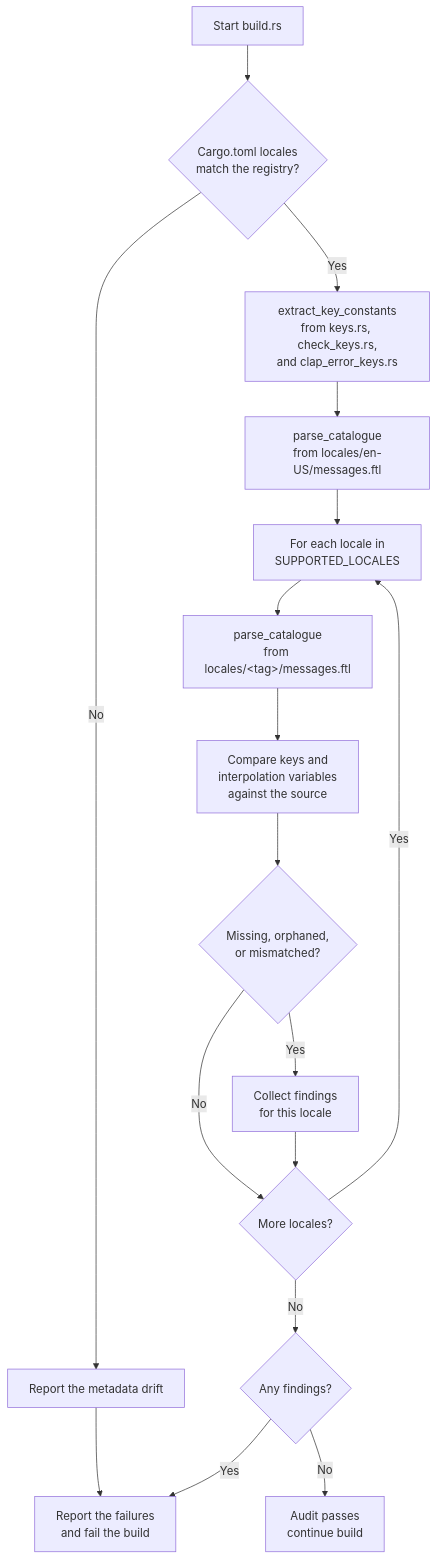
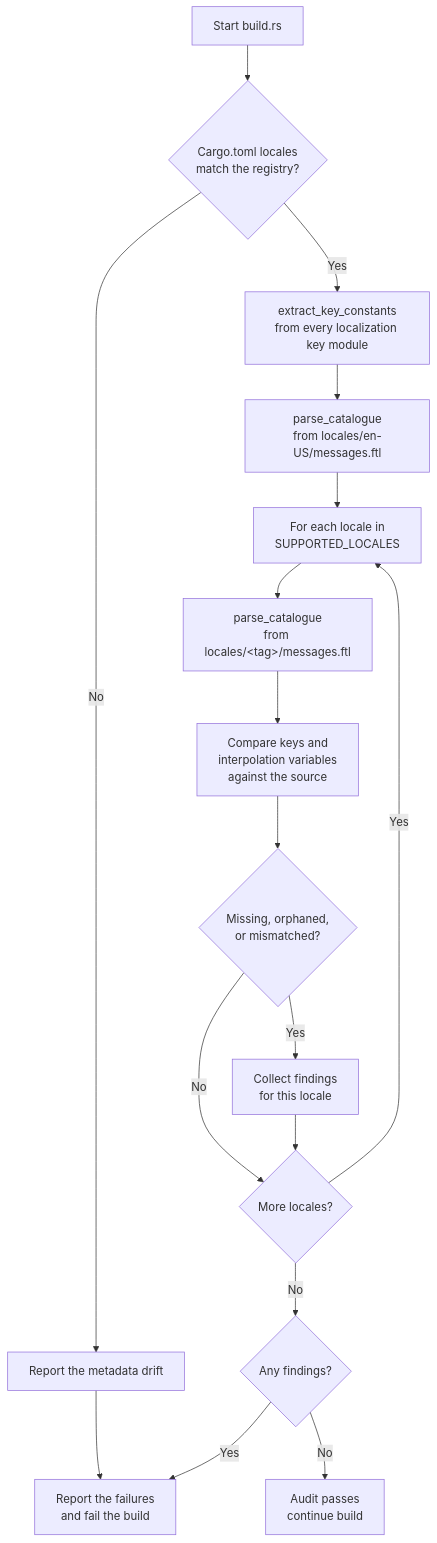
Before and after one commit to leynos/netsuke: diagram 17 of 20 in docs/netsuke-design.md, drawn with Mermaid. The commit also changed 11 other files, not shown here.

First line of the commit message:
Split the shell filter keys into their own module

````diff
--- a/docs/netsuke-design.md
+++ b/docs/netsuke-design.md
@@ -3959,23 +3959,23 @@
 ```mermaid
 flowchart TD
     A_Start["Start build.rs"] --> B_Metadata
     B_Metadata{"Cargo.toml locales<br/>match the registry?"} -->|No| N_Drift
     N_Drift["Report the metadata drift"] --> M_Fail
     B_Metadata -->|Yes| C_ReadKeys
-    C_ReadKeys["extract_key_constants<br/>from keys.rs, check_keys.rs,<br/>and clap_error_keys.rs"] --> D_ReadSource
+    C_ReadKeys["extract_key_constants<br/>from every localization key module"] --> D_ReadSource
     D_ReadSource["parse_catalogue<br/>from locales/en-US/messages.ftl"] --> E_Loop
 
     E_Loop["For each locale in<br/>SUPPORTED_LOCALES"] --> F_Parse
     F_Parse["parse_catalogue<br/>from locales/&lt;tag&gt;/messages.ftl"] --> G_Compare
     G_Compare["Compare keys and<br/>interpolation variables<br/>against the source"] --> I_Check
 
     I_Check{"Missing, orphaned,<br/>or mismatched?"} -->|No| J_Next
     I_Check -->|Yes| H_Error["Collect findings<br/>for this locale"]
     H_Error --> J_Next
 
     J_Next{"More locales?"} -->|Yes| E_Loop
     J_Next -->|No| K_Verdict
 
     K_Verdict{"Any findings?"} -->|No| L_Success["Audit passes<br/>continue build"]
     K_Verdict -->|Yes| M_Fail["Report the failures<br/>and fail the build"]
 ```
````
